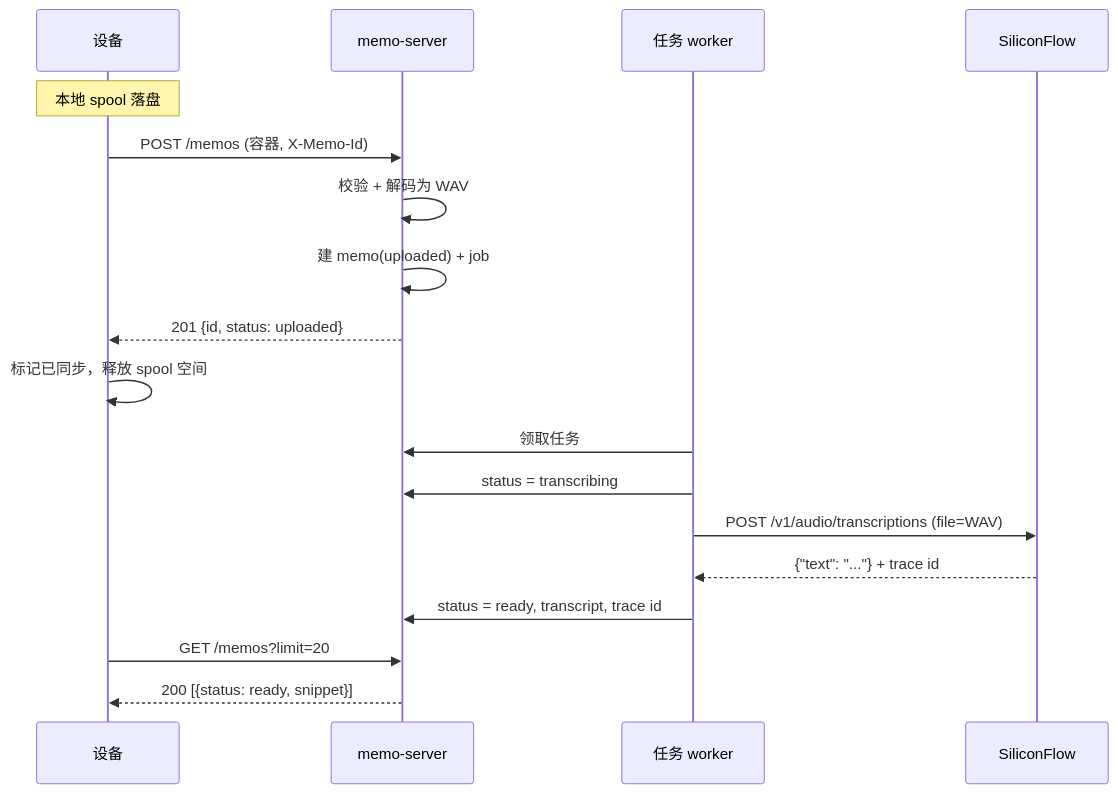
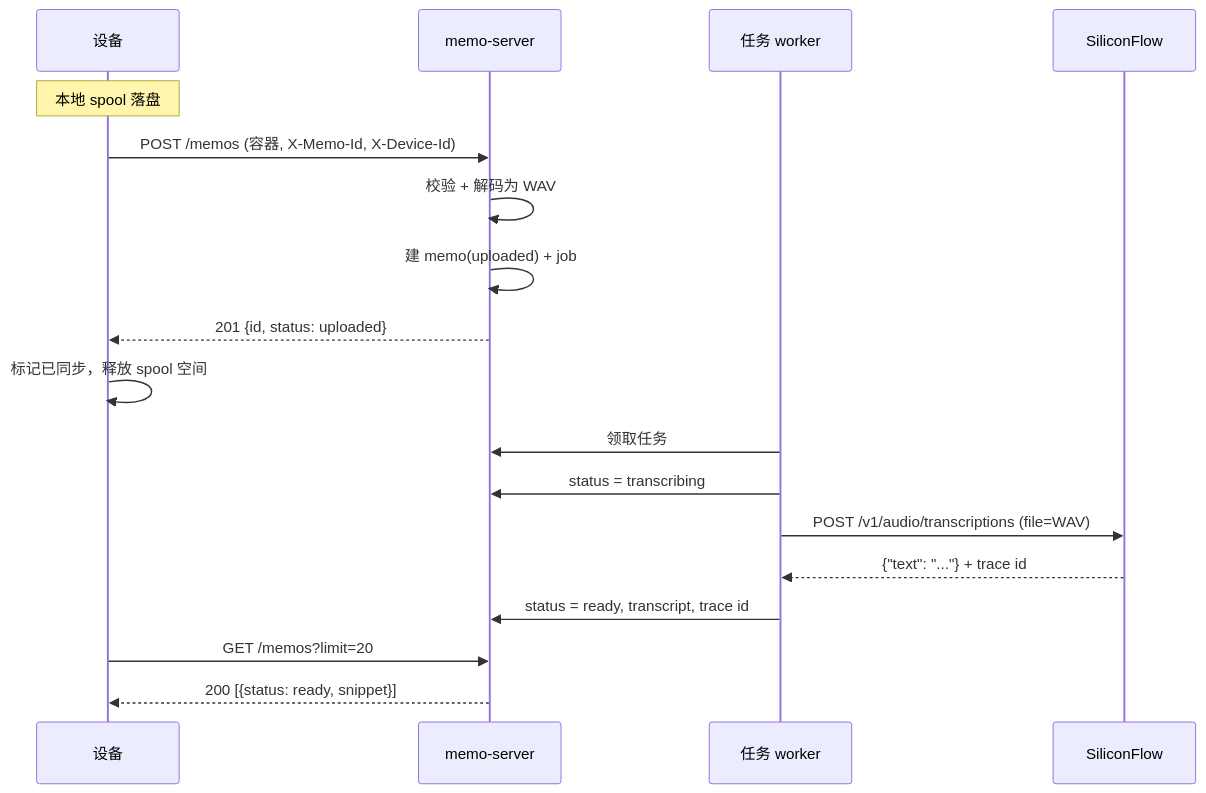
One commit to tf4fun/voice-memo changed the second of 5 diagrams in docs/technical/server.zh_CN.md. Above: the diagram before and after it, drawn with Mermaid. The commit also changed other lines of this file and 1 other file, not shown here.

First line of the commit message:
docs(server): drop device approval and complete the memo API

````diff
--- a/docs/technical/server.zh_CN.md
+++ b/docs/technical/server.zh_CN.md
@@ -403,20 +412,20 @@
 ```mermaid
 sequenceDiagram
     participant D as 设备
     participant S as memo-server
     participant W as 任务 worker
     participant P as SiliconFlow
     Note over D: 本地 spool 落盘
-    D->>S: POST /memos (容器, X-Memo-Id)
+    D->>S: POST /memos (容器, X-Memo-Id, X-Device-Id)
     S->>S: 校验 + 解码为 WAV
     S->>S: 建 memo(uploaded) + job
     S-->>D: 201 {id, status: uploaded}
     D->>D: 标记已同步，释放 spool 空间
     W->>S: 领取任务
     W->>S: status = transcribing
     W->>P: POST /v1/audio/transcriptions (file=WAV)
     P-->>W: {"text": "..."} + trace id
     W->>S: status = ready, transcript, trace id
     D->>S: GET /memos?limit=20
     S-->>D: 200 [{status: ready, snippet}]
 ```
````
